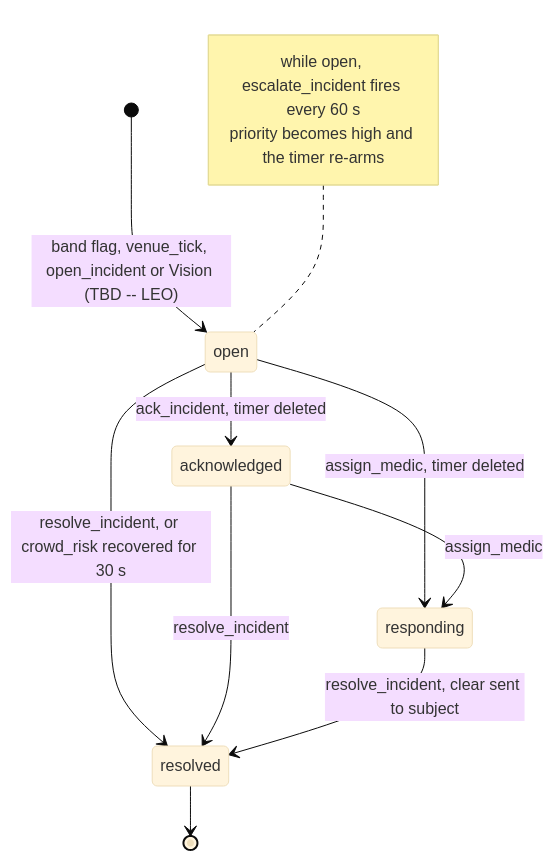
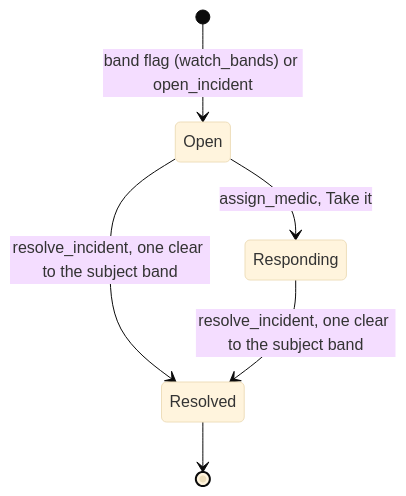
One commit to viktorinkov/cal-hacks-13 changed the third of 4 diagrams in System Design/6-features/Safety.md. Above: the diagram before and after it, drawn with Mermaid (base theme). The commit also changed other lines of this file and 26 other files, not shown here.

````diff
--- a/System Design/6-features/Safety.md
+++ b/System Design/6-features/Safety.md
@@ -235,15 +155,8 @@
 ```mermaid
 stateDiagram-v2
-  [*] --> open : band flag, venue_tick, open_incident or Vision (TBD -- LEO)
-  open --> acknowledged : ack_incident, timer deleted
-  open --> responding : assign_medic, timer deleted
-  acknowledged --> responding : assign_medic
-  open --> resolved : resolve_incident, or crowd_risk recovered for 30 s
-  acknowledged --> resolved : resolve_incident
-  responding --> resolved : resolve_incident, clear sent to subject
-  resolved --> [*]
-  note left of open
-    while open, escalate_incident fires every 60 s
-    priority becomes high and the timer re-arms
-  end note
+  [*] --> Open : band flag (watch_bands) or open_incident
+  Open --> Responding : assign_medic, Take it
+  Open --> Resolved : resolve_incident, one clear to the subject band
+  Responding --> Resolved : resolve_incident, one clear to the subject band
+  Resolved --> [*]
 ```
````
